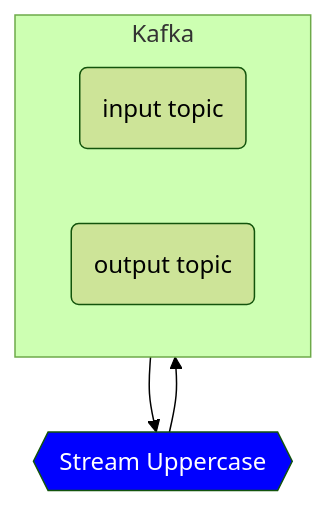
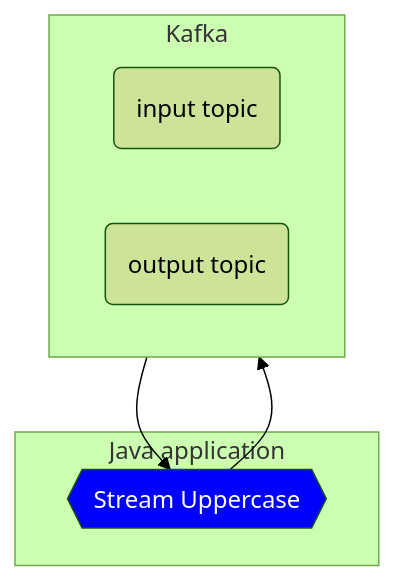
The diagram in README.md (tomaszkubacki/kafka_redis_store), drawn with Mermaid (forest theme) before and after one commit.

Commit message:
show explicit processing context

````diff
--- a/README.md
+++ b/README.md
@@ -7,17 +7,18 @@
 ```mermaid
 flowchart TB
-    IN --> APP{{Stream Uppercase}}:::someclass
-    APP --> OUT
-    
+    subgraph Java application
+        APP{{Stream Uppercase}}:::someclass
+    end
+        IN --> APP
+        APP --> OUT
     subgraph Kafka
         direction LR
         IN(input topic) 
         OUT(output topic)
     end
-
         
     click IN callback "Kafka Topic: input-topic"
     click OUT callback "Kafka Topic: output-topic"
     click APP callback "Kafka streams app: upper casing operation"
     classDef someclass fill: #0000ff, color: white
 ```
````
